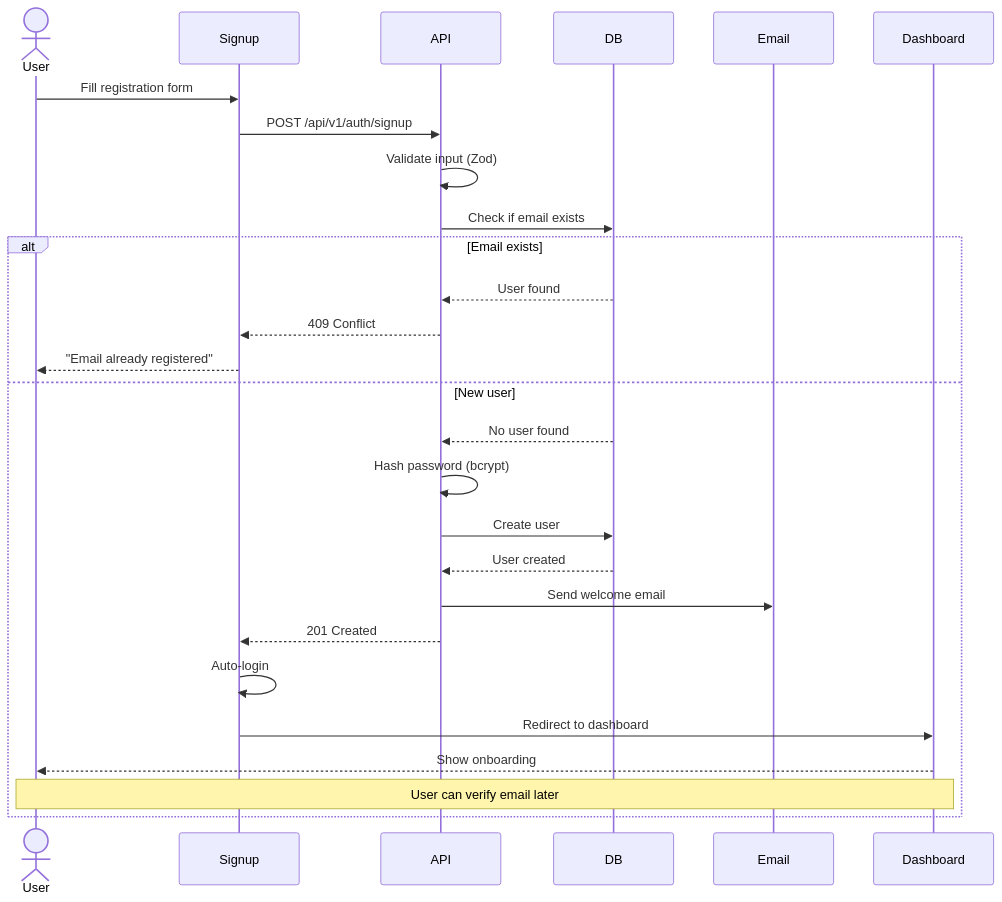
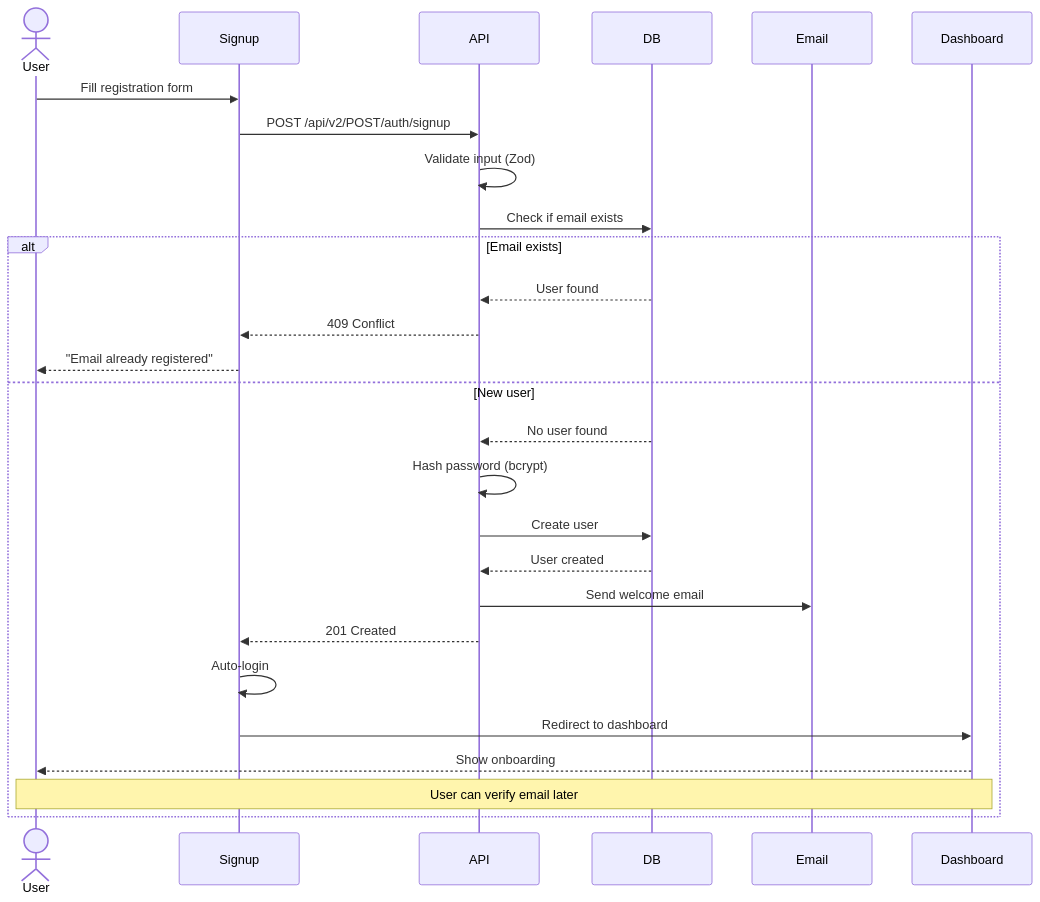
The sixth of 8 diagrams in README.md (Ruhanpaco/prishtina-heackerspace), drawn with Mermaid before and after one commit. The commit also changed other lines of this file and 121 other files, not shown here.

````diff
--- a/README.md
+++ b/README.md
@@ -256,32 +308,32 @@
 ```mermaid
 sequenceDiagram
     actor User
     participant Signup
     participant API
     participant DB
     participant Email
     participant Dashboard
 
     User->>Signup: Fill registration form
-    Signup->>API: POST /api/v1/auth/signup
+    Signup->>API: POST /api/v2/POST/auth/signup
     API->>API: Validate input (Zod)
     API->>DB: Check if email exists
     
     alt Email exists
         DB-->>API: User found
         API-->>Signup: 409 Conflict
         Signup-->>User: "Email already registered"
     else New user
         DB-->>API: No user found
         API->>API: Hash password (bcrypt)
         API->>DB: Create user
         DB-->>API: User created
         API->>Email: Send welcome email
         API-->>Signup: 201 Created
         Signup->>Signup: Auto-login
         Signup->>Dashboard: Redirect to dashboard
         Dashboard-->>User: Show onboarding
         
         Note over User,Dashboard: User can verify email later
     end
 ```
````
